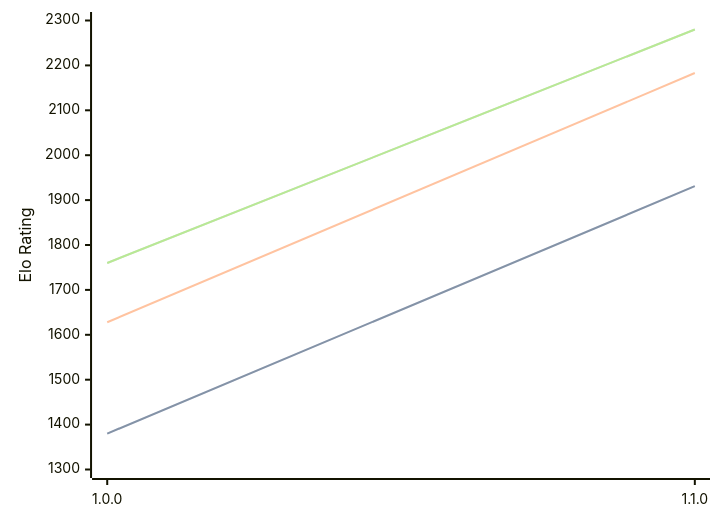
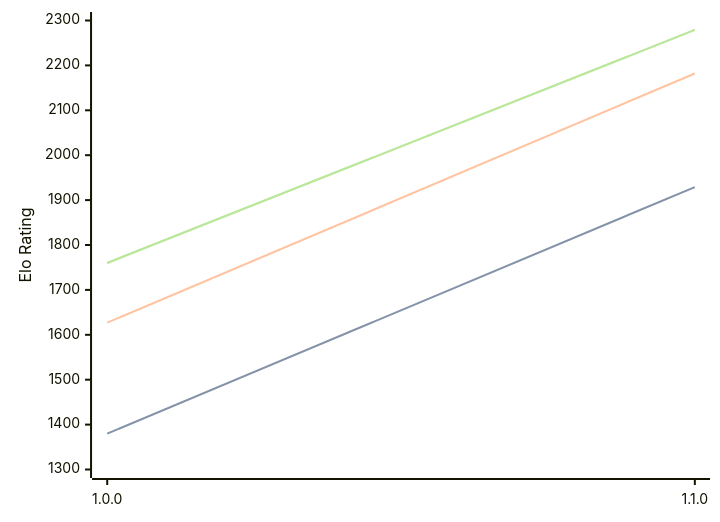
One commit to computer-chess-index/cci changed the third of 3 diagrams in engines/Akerbeltz.md. Above: the diagram before and after it, drawn with Mermaid. The commit also changed other lines of this file, not shown here.

Commit message:
Update CCI Ratings (ELO VLTC) - 2026-06-26

````diff
--- a/engines/Akerbeltz.md
+++ b/engines/Akerbeltz.md
@@ -65,11 +65,11 @@
 ```mermaid
 %%{init: {"theme":"base","themeVariables":{"seriesColors:['#a3a3a3','#222221','#faa371']}}}%%
 xychart-beta
   x-axis ["1.0.0", "1.1.0"]
   y-axis "Elo Rating" 1300 --> 2300
-  line "STC (8.0+0.08s)" [1380, 1931]
-  line "STC (8.0+0.08s)" [1380, 1931]
-  line "LTC (60.0+0.60s)" [1628, 2183]
-  line "VLTC (2m24s+1.12s)" [1760, 2280]
-  line "VLTC (2m24s+1.12s)" [1760, 2280]
+  line "STC (8.0+0.08s)" [1380, 1929]
+  line "STC (8.0+0.08s)" [1380, 1929]
+  line "LTC (60.0+0.60s)" [1627, 2182]
+  line "VLTC (2m24s+1.12s)" [1760, 2279]
+  line "VLTC (2m24s+1.12s)" [1760, 2279]
 ```
````
